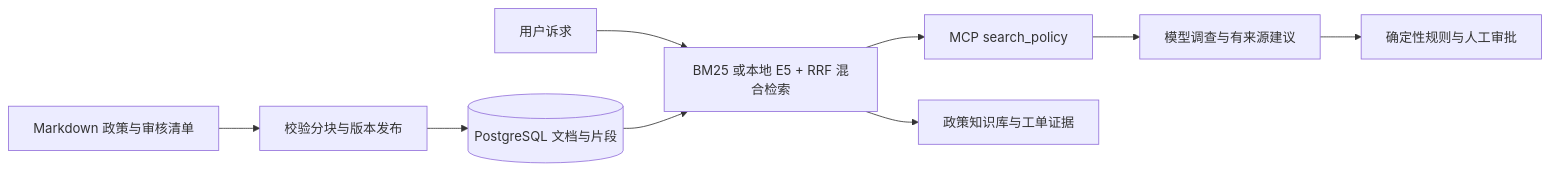
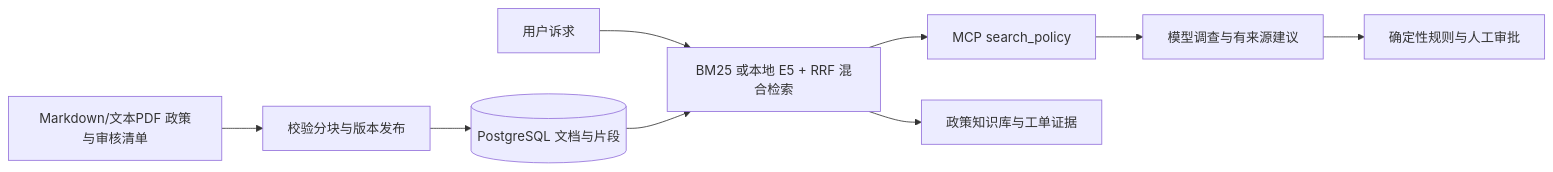
Before and after one commit to qq789qq978-cpu/ResolveFlow: the diagram in RAG.md, drawn with Mermaid. The commit also changed other lines of this file and 60 other files, not shown here.

````diff
--- a/RAG.md
+++ b/RAG.md
@@ -7,11 +9,11 @@
 ```mermaid
 flowchart LR
-  Docs[Markdown 政策与审核清单] --> Import[校验分块与版本发布]
+  Docs[Markdown/文本PDF 政策与审核清单] --> Import[校验分块与版本发布]
   Import --> PG[(PostgreSQL 文档与片段)]
   Query[用户诉求] --> Search[BM25 或本地 E5 + RRF 混合检索]
   PG --> Search
   Search --> MCP[MCP search_policy]
   MCP --> Model[模型调查与有来源建议]
   Model --> Rules[确定性规则与人工审批]
   Search --> UI[政策知识库与工单证据]
 ```
````
